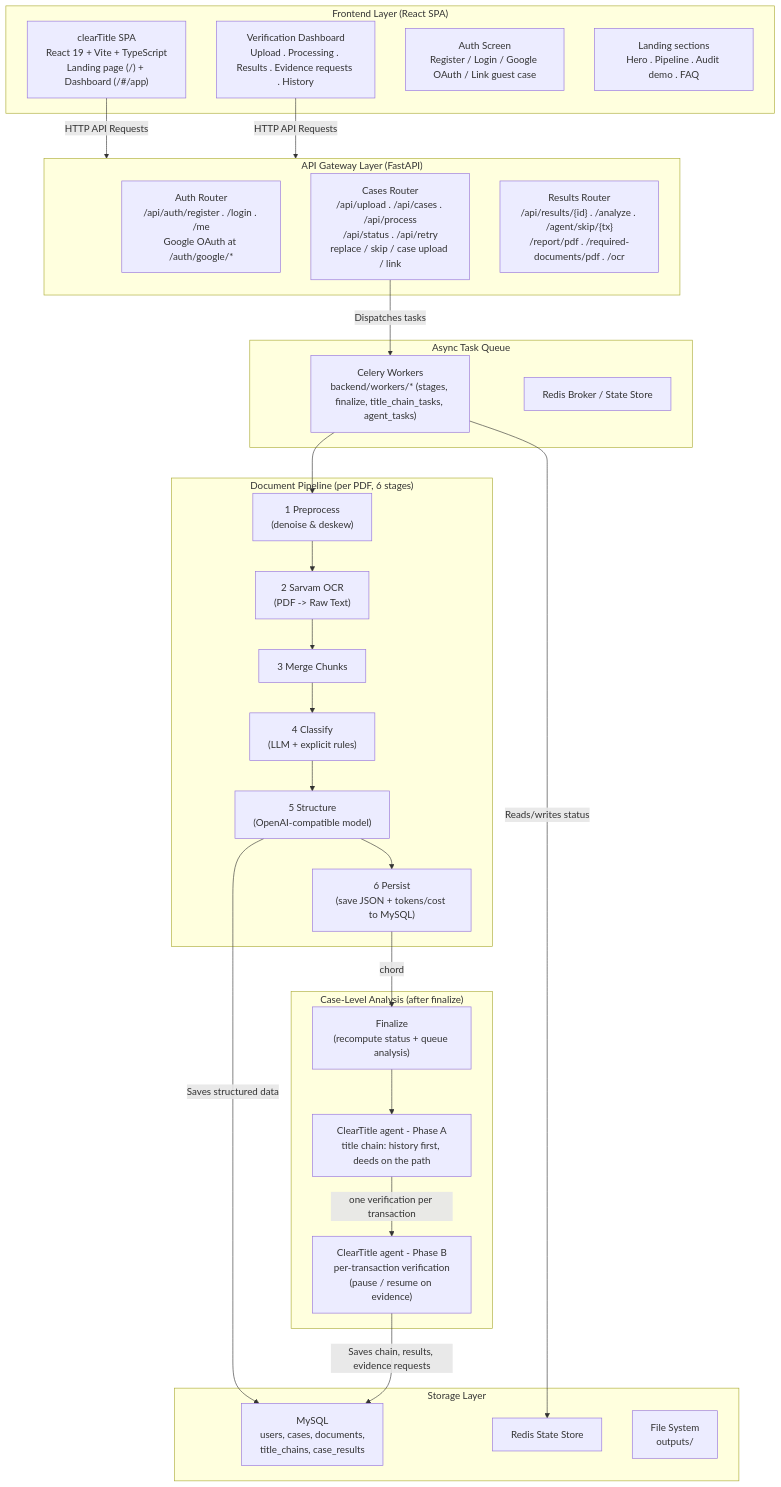
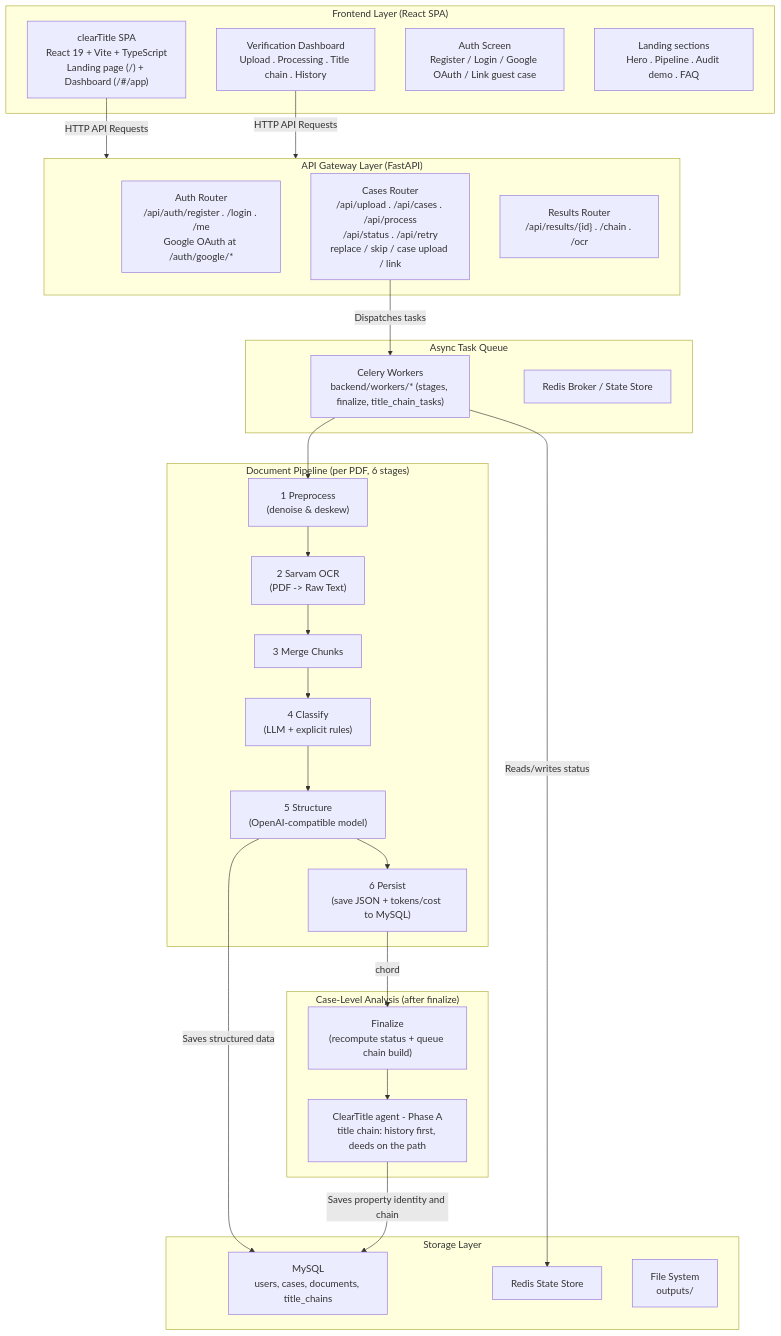
The diagram in README.md (MyMane24/clearTitle), drawn with Mermaid before and after one commit. The commit also changed other lines of this file and 64 other files, not shown here.

First line of the commit message:
refactor(verification)!: remove Phase B and retain title-chain workflow

````diff
--- a/README.md
+++ b/README.md
@@ -20,52 +21,50 @@
 ```mermaid
 flowchart TD
     subgraph Frontend["Frontend Layer (React SPA)"]
         UI["clearTitle SPA\nReact 19 + Vite + TypeScript\nLanding page (/) + Dashboard (/#/app)"]
-        DASH["Verification Dashboard\nUpload . Processing . Results . Evidence requests . History"]
+        DASH["Verification Dashboard\nUpload . Processing . Title chain . History"]
         AUTH["Auth Screen\nRegister / Login / Google OAuth / Link guest case"]
         HOME["Landing sections\nHero . Pipeline . Audit demo . FAQ"]
     end
 
     subgraph API["API Gateway Layer (FastAPI)"]
         R_AUTH["Auth Router\n/api/auth/register . /login . /me\nGoogle OAuth at /auth/google/*"]
         R_CASES["Cases Router\n/api/upload . /api/cases . /api/process\n/api/status . /api/retry\nreplace / skip / case upload / link"]
-        R_RESULTS["Results Router\n/api/results/{id} . /analyze . /agent/skip/{tx}\n/report/pdf . /required-documents/pdf . /ocr"]
+        R_RESULTS["Results Router\n/api/results/{id} . /chain . /ocr"]
     end
 
     subgraph Orchestration["Async Task Queue"]
-        CELERY["Celery Workers\nbackend/workers/* (stages, finalize, title_chain_tasks, agent_tasks)"]
+        CELERY["Celery Workers\nbackend/workers/* (stages, finalize, title_chain_tasks)"]
         REDIS_BROKER["Redis Broker / State Store"]
     end
 
     subgraph Pipeline["Document Pipeline (per PDF, 6 stages)"]
         PREPROC["1 Preprocess\n(denoise & deskew)"]
         OCR["2 Sarvam OCR\n(PDF -> Raw Text)"]
         MERGE["3 Merge Chunks"]
         CLASSIFY["4 Classify\n(LLM + explicit rules)"]
         STRUCTURE["5 Structure\n(OpenAI-compatible model)"]
         PERSIST["6 Persist\n(save JSON + tokens/cost to MySQL)"]
     end
 
     subgraph Analysis["Case-Level Analysis (after finalize)"]
-        FINALIZE["Finalize\n(recompute status + queue analysis)"]
+        FINALIZE["Finalize\n(recompute status + queue chain build)"]
         PHASE_A["ClearTitle agent - Phase A\ntitle chain: history first, deeds on the path"]
-        PHASE_B["ClearTitle agent - Phase B\nper-transaction verification\n(pause / resume on evidence)"]
     end
 
     subgraph Storage["Storage Layer"]
-        MYSQL["MySQL\nusers, cases, documents,\ntitle_chains, case_results"]
+        MYSQL["MySQL\nusers, cases, documents, title_chains"]
         REDIS["Redis State Store"]
         FS["File System\noutputs/"]
     end
 
     UI -->|"HTTP API Requests"| API
     DASH -->|"HTTP API Requests"| API
     R_CASES -->|"Dispatches tasks"| CELERY
     CELERY -->|"Reads/writes status"| REDIS
     CELERY --> PREPROC --> OCR --> MERGE --> CLASSIFY --> STRUCTURE --> PERSIST
     PERSIST -->|"chord"| FINALIZE
     FINALIZE --> PHASE_A
-    PHASE_A -->|"one verification per transaction"| PHASE_B
     STRUCTURE -->|"Saves structured data"| MYSQL
-    PHASE_B -->|"Saves chain, results, evidence requests"| MYSQL
+    PHASE_A -->|"Saves property identity and chain"| MYSQL
 ```
````
